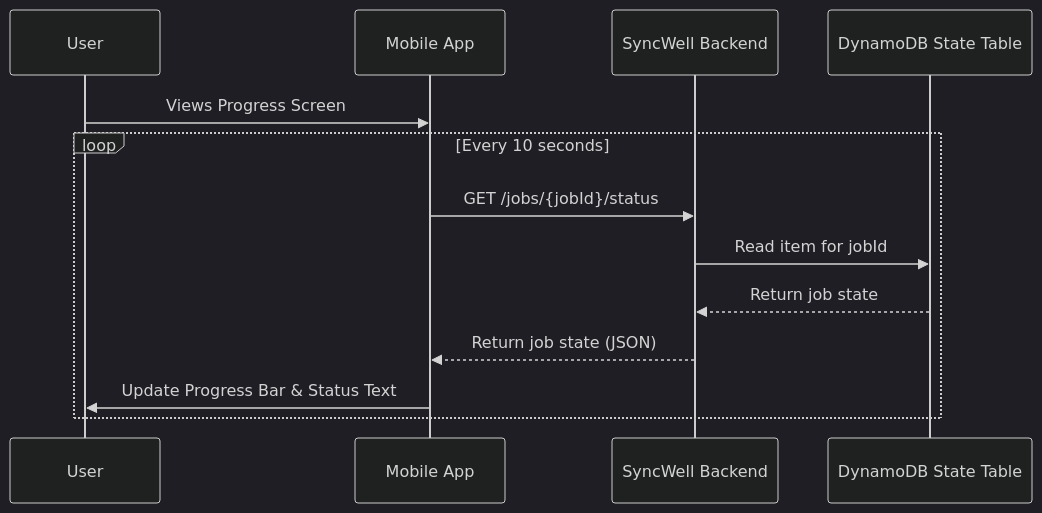
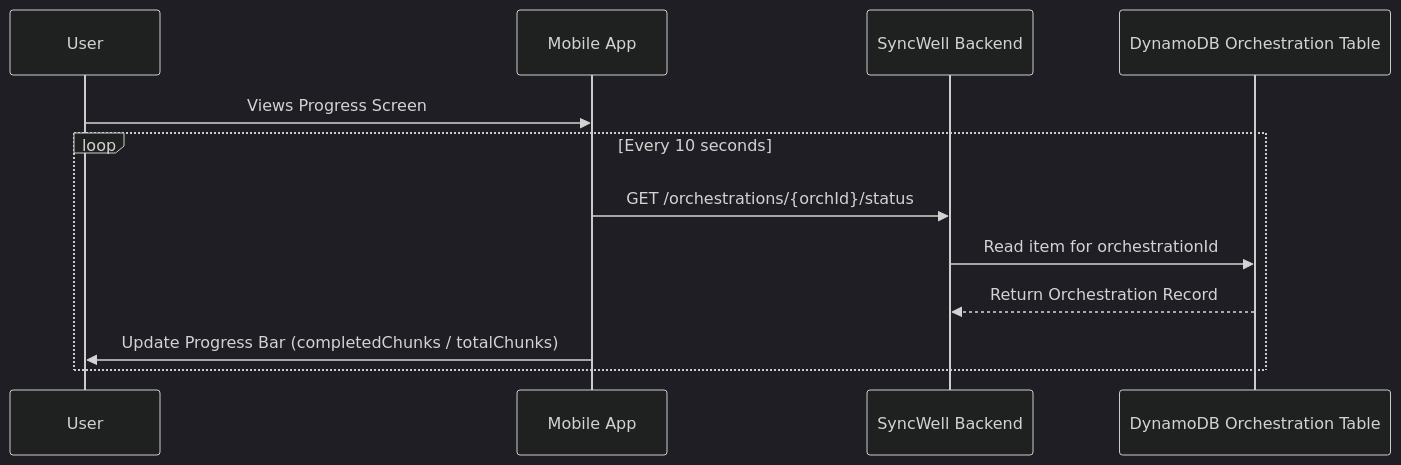
One commit to dino10bit/healthsync changed the second of 2 diagrams in 31-historical-data.md. Above: the diagram before and after it, drawn with Mermaid (dark theme). The commit also changed other lines of this file and 6 other files, not shown here.

Commit message:
docs: Update PRD documents to reflect new architecture

````diff
--- a/31-historical-data.md
+++ b/31-historical-data.md
@@ -112,16 +107,15 @@
 ```mermaid
 sequenceDiagram
     participant User
     participant MobileApp as Mobile App
     participant Backend as SyncWell Backend
-    participant DB as DynamoDB State Table
+    participant DB as DynamoDB Orchestration Table
 
     User->>MobileApp: Views Progress Screen
     loop Every 10 seconds
-        MobileApp->>Backend: GET /jobs/{jobId}/status
-        Backend->>DB: Read item for jobId
-        DB-->>Backend: Return job state
-        Backend-->>MobileApp: Return job state (JSON)
-        MobileApp->>User: Update Progress Bar & Status Text
+        MobileApp->>Backend: GET /orchestrations/{orchId}/status
+        Backend->>DB: Read item for orchestrationId
+        DB-->>Backend: Return Orchestration Record
+        MobileApp->>User: Update Progress Bar (completedChunks / totalChunks)
     end
 ```
````
